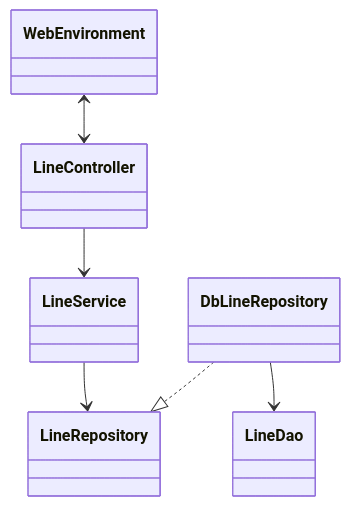
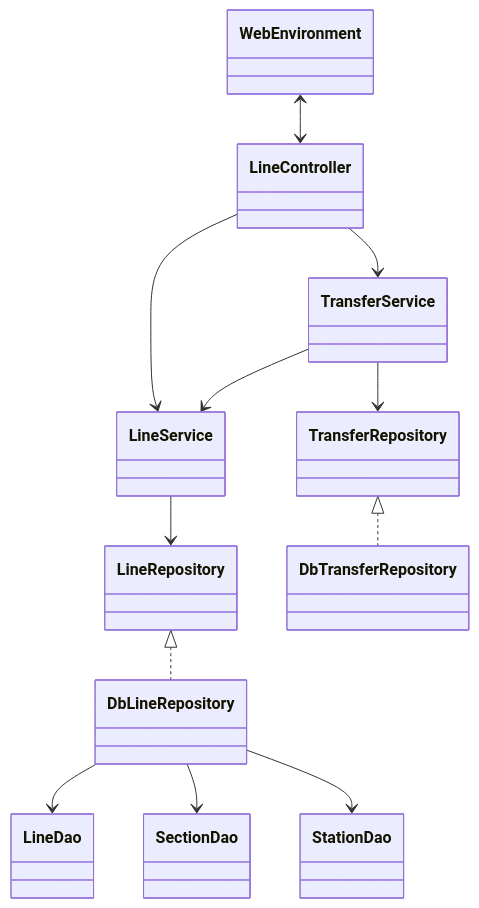
The first of 3 diagrams in README.md (woowacourse/jwp-subway-path), drawn with Mermaid before and after one commit. The commit also changed other lines of this file and 5 other files, not shown here.

````diff
--- a/README.md
+++ b/README.md
@@ -13,8 +13,15 @@
 ```mermaid
 classDiagram
     WebEnvironment <--> LineController
     LineController --> LineService
     LineService --> LineRepository
-    DbLineRepository ..|> LineRepository
+    LineRepository <|.. DbLineRepository
     DbLineRepository --> LineDao
+    DbLineRepository --> SectionDao
+    DbLineRepository --> StationDao
+    
+    LineController --> TransferService
+    TransferService --> LineService
+    TransferService  --> TransferRepository
+    TransferRepository <|.. DbTransferRepository
 ```
````
